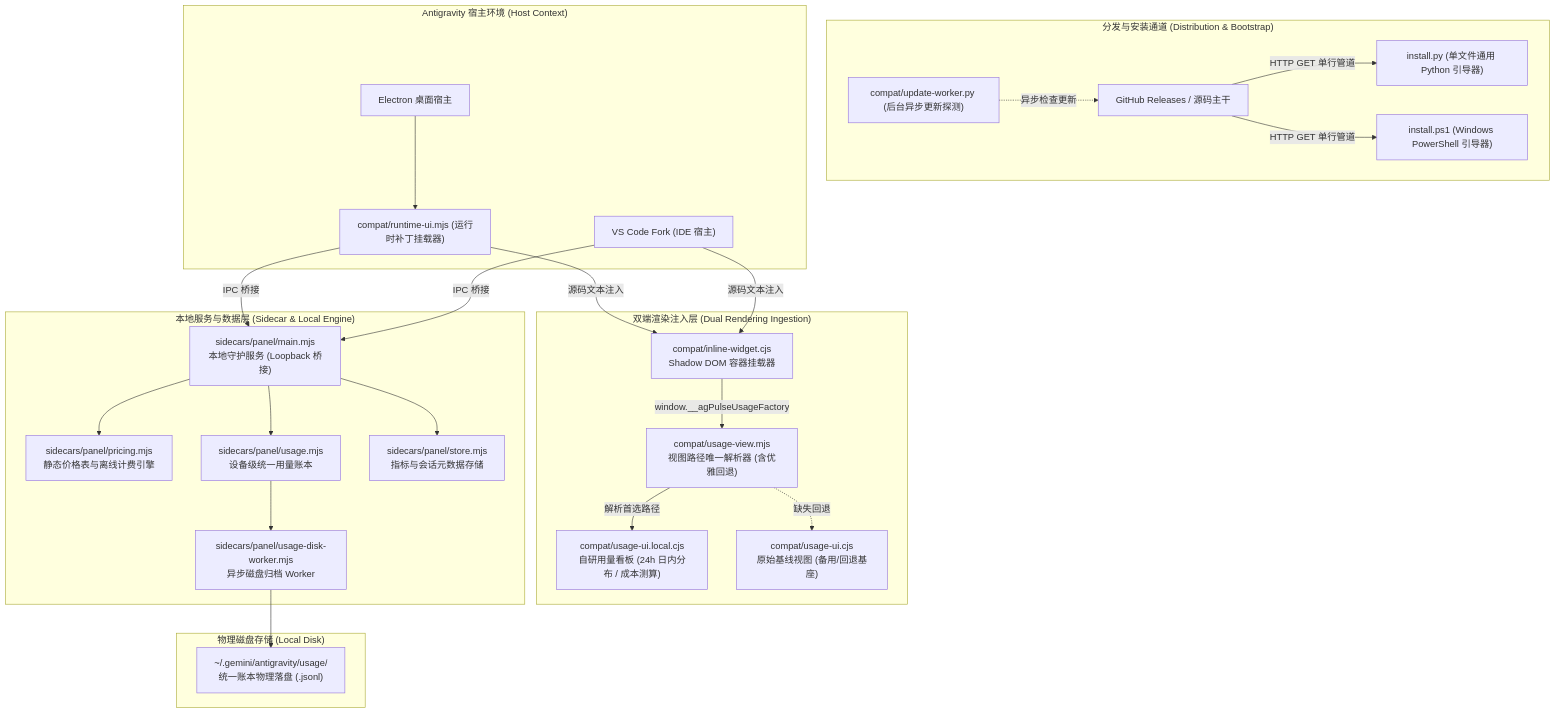
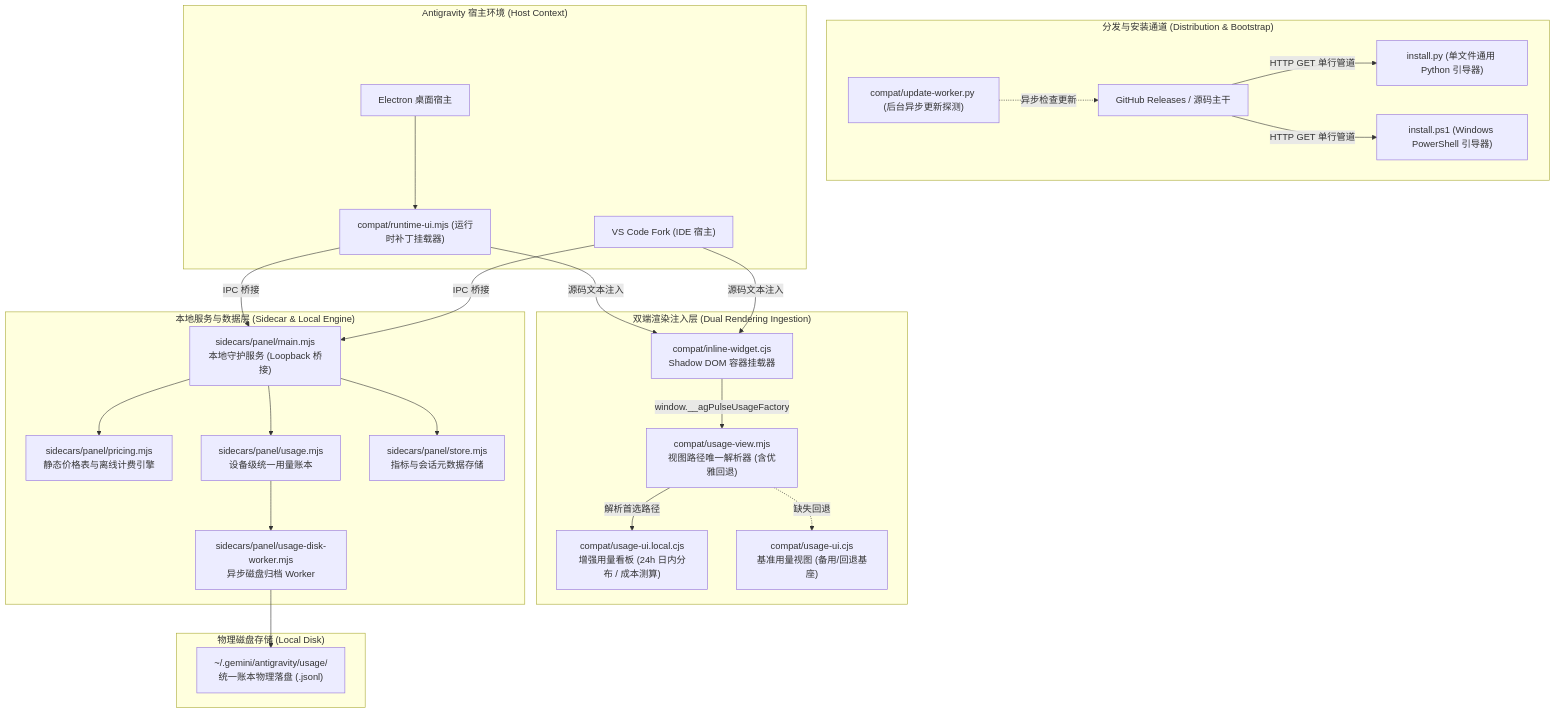
One commit to moumouye/antigrative-dashboard changed the second of 2 diagrams in ARCHITECTURE.md. Above: the diagram before and after it, drawn with Mermaid. The commit also changed other lines of this file and 8 other files, not shown here.

````diff
--- a/ARCHITECTURE.md
+++ b/ARCHITECTURE.md
@@ -47,52 +47,52 @@
 ```mermaid
 flowchart TD
     subgraph Distribution ["分发与安装通道 (Distribution & Bootstrap)"]
         GH["GitHub Releases / 源码主干"]
         InstallPy["install.py (单文件通用 Python 引导器)"]
         InstallPs1["install.ps1 (Windows PowerShell 引导器)"]
         Updater["compat/update-worker.py (后台异步更新探测)"]
         GH -->|HTTP GET 单行管道| InstallPy
         GH -->|HTTP GET 单行管道| InstallPs1
         Updater -.异步检查更新.-> GH
     end
 
     subgraph Host ["Antigravity 宿主环境 (Host Context)"]
         App["Electron 桌面宿主"]
         IDE["VS Code Fork (IDE 宿主)"]
         PatchLoader["compat/runtime-ui.mjs (运行时补丁挂载器)"]
         App --> PatchLoader
     end
 
     subgraph Rendering ["双端渲染注入层 (Dual Rendering Ingestion)"]
         ViewResolver["compat/usage-view.mjs<br/>视图路径唯一解析器 (含优雅回退)"]
         InlineWidget["compat/inline-widget.cjs<br/>Shadow DOM 容器挂载器"]
-        UsageViewLocal["compat/usage-ui.local.cjs<br/>自研用量看板 (24h 日内分布 / 成本测算)"]
-        UsageViewBase["compat/usage-ui.cjs<br/>原始基线视图 (备用/回退基座)"]
+        UsageViewLocal["compat/usage-ui.local.cjs<br/>增强用量看板 (24h 日内分布 / 成本测算)"]
+        UsageViewBase["compat/usage-ui.cjs<br/>基准用量视图 (备用/回退基座)"]
         
         PatchLoader -->|源码文本注入| InlineWidget
         IDE -->|源码文本注入| InlineWidget
         ViewResolver -->|解析首选路径| UsageViewLocal
         ViewResolver -.缺失回退.-> UsageViewBase
         InlineWidget -->|window.__agPulseUsageFactory| ViewResolver
     end
 
     subgraph SidecarLayer ["本地服务与数据层 (Sidecar & Local Engine)"]
         Sidecar["sidecars/panel/main.mjs<br/>本地守护服务 (Loopback 桥接)"]
         Pricing["sidecars/panel/pricing.mjs<br/>静态价格表与离线计费引擎"]
         Ledger["sidecars/panel/usage.mjs<br/>设备级统一用量账本"]
         Worker["sidecars/panel/usage-disk-worker.mjs<br/>异步磁盘归档 Worker"]
         Store["sidecars/panel/store.mjs<br/>指标与会话元数据存储"]
 
         PatchLoader -->|IPC 桥接| Sidecar
         IDE -->|IPC 桥接| Sidecar
         Sidecar --> Pricing
         Sidecar --> Store
         Sidecar --> Ledger
         Ledger --> Worker
     end
 
     subgraph Storage ["物理磁盘存储 (Local Disk)"]
         DiskLedger["~/.gemini/antigravity/usage/<br/>统一账本物理落盘 (.jsonl)"]
         Worker --> DiskLedger
     end
 ```
````
